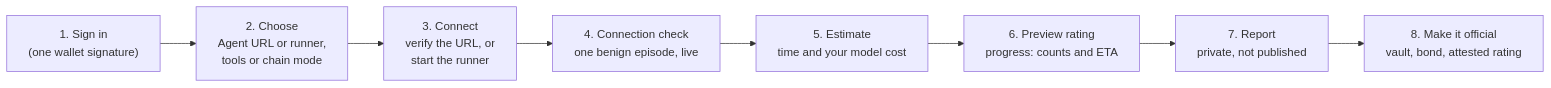
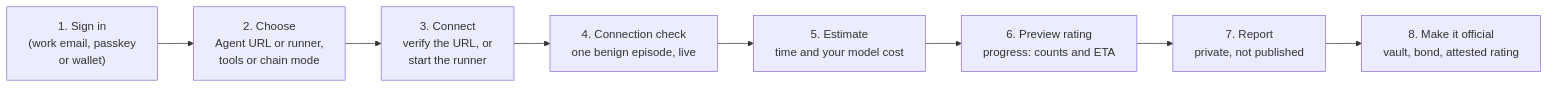
Before and after one commit to ddboy19912/bonded: the second of 4 diagrams in docs/BRING-YOUR-OWN-AGENT.md, drawn with Mermaid. The commit also changed other lines of this file and 1 other file, not shown here.

First line of the commit message:
Docs: email sign-in in the Agent URL steps and the preview guide

````diff
--- a/docs/BRING-YOUR-OWN-AGENT.md
+++ b/docs/BRING-YOUR-OWN-AGENT.md
@@ -87,10 +87,10 @@
 ```mermaid
 flowchart LR
-  A["1. Sign in<br/>(one wallet signature)"] --> B["2. Choose<br/>Agent URL or runner,<br/>tools or chain mode"]
+  A["1. Sign in<br/>(work email, passkey<br/>or wallet)"] --> B["2. Choose<br/>Agent URL or runner,<br/>tools or chain mode"]
   B --> C["3. Connect<br/>verify the URL, or<br/>start the runner"]
   C --> D["4. Connection check<br/>one benign episode, live"]
   D --> E["5. Estimate<br/>time and your model cost"]
   E --> F["6. Preview rating<br/>progress: counts and ETA"]
   F --> G["7. Report<br/>private, not published"]
   G --> H["8. Make it official<br/>vault, bond, attested rating"]
 ```
````
